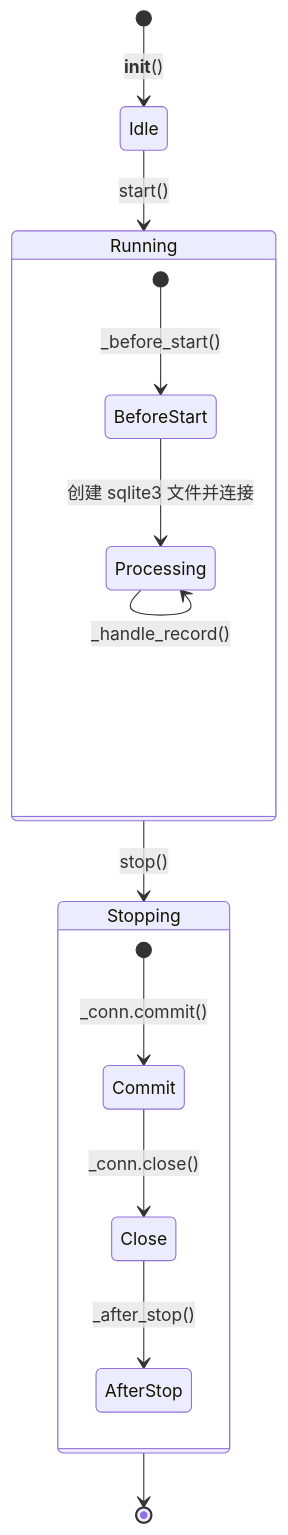
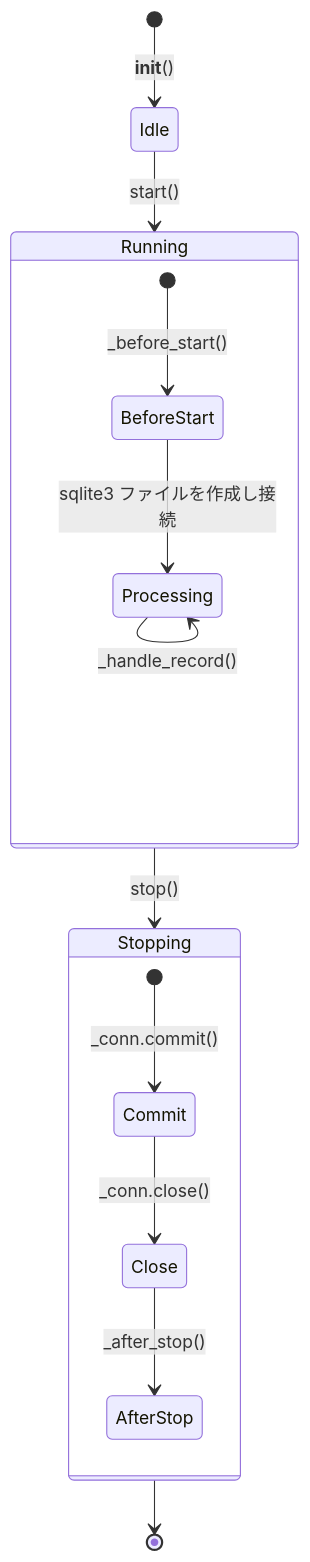
One commit to Mr-xiaotian/CelestialFlow changed the second of 2 diagrams in docs/ja/src/persistence/core_fallback.md. Above: the diagram before and after it, drawn with Mermaid. The commit also changed other lines of this file and 156 other files, not shown here.

````diff
--- a/docs/ja/src/persistence/core_fallback.md
+++ b/docs/ja/src/persistence/core_fallback.md
@@ -53,17 +51,17 @@
 ```mermaid
 stateDiagram-v2
     [*] --> Idle: __init__()
     Idle --> Running: start()
     state Running {
         [*] --> BeforeStart: _before_start()
-        BeforeStart --> Processing: 创建 sqlite3 文件并连接
+        BeforeStart --> Processing: sqlite3 ファイルを作成し接続
         Processing --> Processing: _handle_record()
     }
     Running --> Stopping: stop()
     state Stopping {
         [*] --> Commit: _conn.commit()
         Commit --> Close: _conn.close()
         Close --> AfterStop: _after_stop()
     }
     Stopping --> [*]
 ```
````
